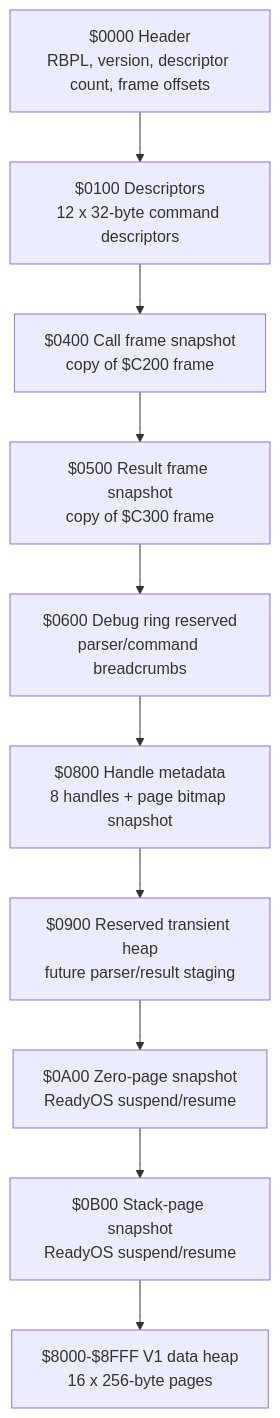
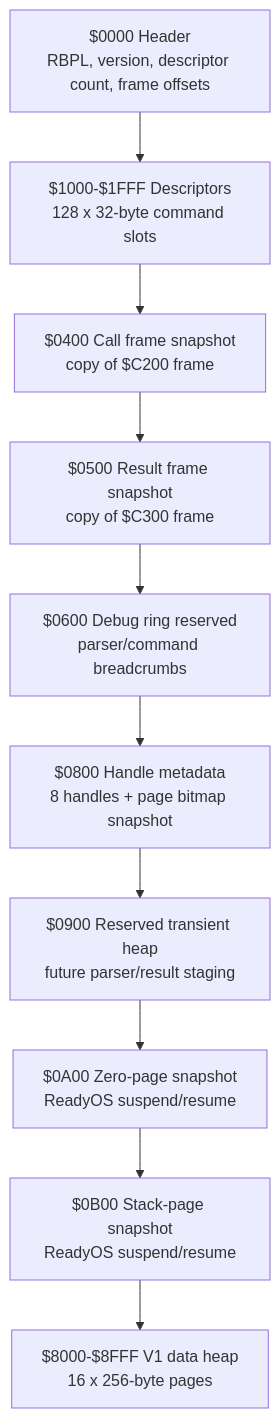
One commit to 123Onetwothree123/6502 changed the second of 8 diagrams in src/apps/readybasic/READYBASIC_LIFECYCLE_AND_REU_ARCHITECTURE.md. Above: the diagram before and after it, drawn with Mermaid. The commit also changed other lines of this file and 13 other files, not shown here.

````diff
--- a/src/apps/readybasic/READYBASIC_LIFECYCLE_AND_REU_ARCHITECTURE.md
+++ b/src/apps/readybasic/READYBASIC_LIFECYCLE_AND_REU_ARCHITECTURE.md
@@ -152,15 +152,15 @@
 ```mermaid
 flowchart TB
   H["$0000 Header<br/>RBPL, version, descriptor count, frame offsets"]
-  D["$0100 Descriptors<br/>12 x 32-byte command descriptors"]
+  D["$1000-$1FFF Descriptors<br/>128 x 32-byte command slots"]
   C["$0400 Call frame snapshot<br/>copy of $C200 frame"]
   R["$0500 Result frame snapshot<br/>copy of $C300 frame"]
   DBG["$0600 Debug ring reserved<br/>parser/command breadcrumbs"]
   HM["$0800 Handle metadata<br/>8 handles + page bitmap snapshot"]
   HP["$0900 Reserved transient heap<br/>future parser/result staging"]
   ZP["$0A00 Zero-page snapshot<br/>ReadyOS suspend/resume"]
   ST["$0B00 Stack-page snapshot<br/>ReadyOS suspend/resume"]
   DATA["$8000-$8FFF V1 data heap<br/>16 x 256-byte pages"]
 
   H --> D --> C --> R --> DBG --> HM --> HP --> ZP --> ST --> DATA
 ```
````
